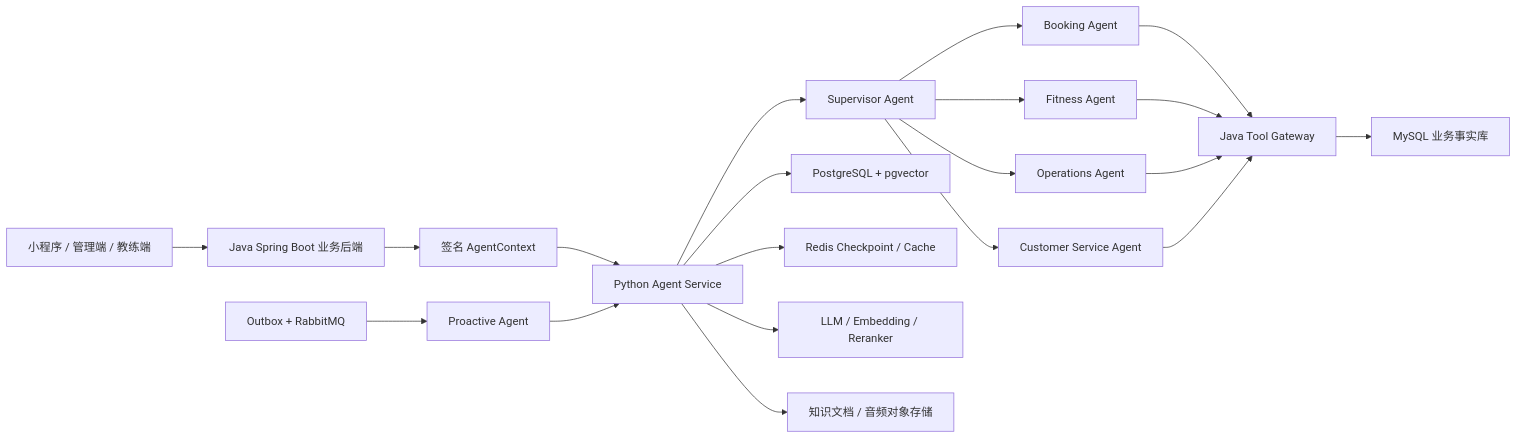
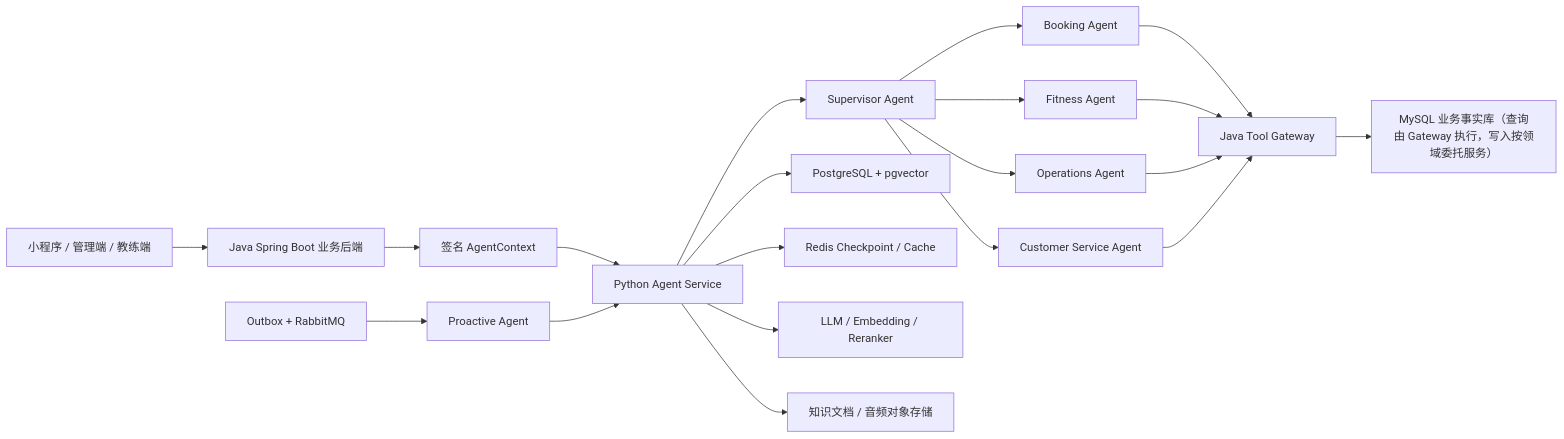
One commit to Dericccck/ai-fitness-platform changed the diagram in docs/ai-fitness-agent-development-roadmap.md. Above: the diagram before and after it, drawn with Mermaid. The commit also changed other lines of this file and 38 other files, not shown here.

````diff
--- a/docs/ai-fitness-agent-development-roadmap.md
+++ b/docs/ai-fitness-agent-development-roadmap.md
@@ -181,22 +181,22 @@
 ```mermaid
 flowchart LR
     Client["小程序 / 管理端 / 教练端"] --> Java["Java Spring Boot 业务后端"]
     Java --> Context["签名 AgentContext"]
     Context --> Agent["Python Agent Service"]
     Agent --> Supervisor["Supervisor Agent"]
     Supervisor --> Booking["Booking Agent"]
     Supervisor --> Fitness["Fitness Agent"]
     Supervisor --> Operations["Operations Agent"]
     Supervisor --> Customer["Customer Service Agent"]
     Events["Outbox + RabbitMQ"] --> Proactive["Proactive Agent"]
     Proactive --> Agent
     Booking --> Tools["Java Tool Gateway"]
     Fitness --> Tools
     Operations --> Tools
     Customer --> Tools
-    Tools --> MySQL["MySQL 业务事实库"]
+    Tools --> MySQL["MySQL 业务事实库（查询由 Gateway 执行，写入按领域委托服务）"]
     Agent --> Postgres["PostgreSQL + pgvector"]
     Agent --> Redis["Redis Checkpoint / Cache"]
     Agent --> Models["LLM / Embedding / Reranker"]
     Agent --> ObjectStorage["知识文档 / 音频对象存储"]
 ```
````
